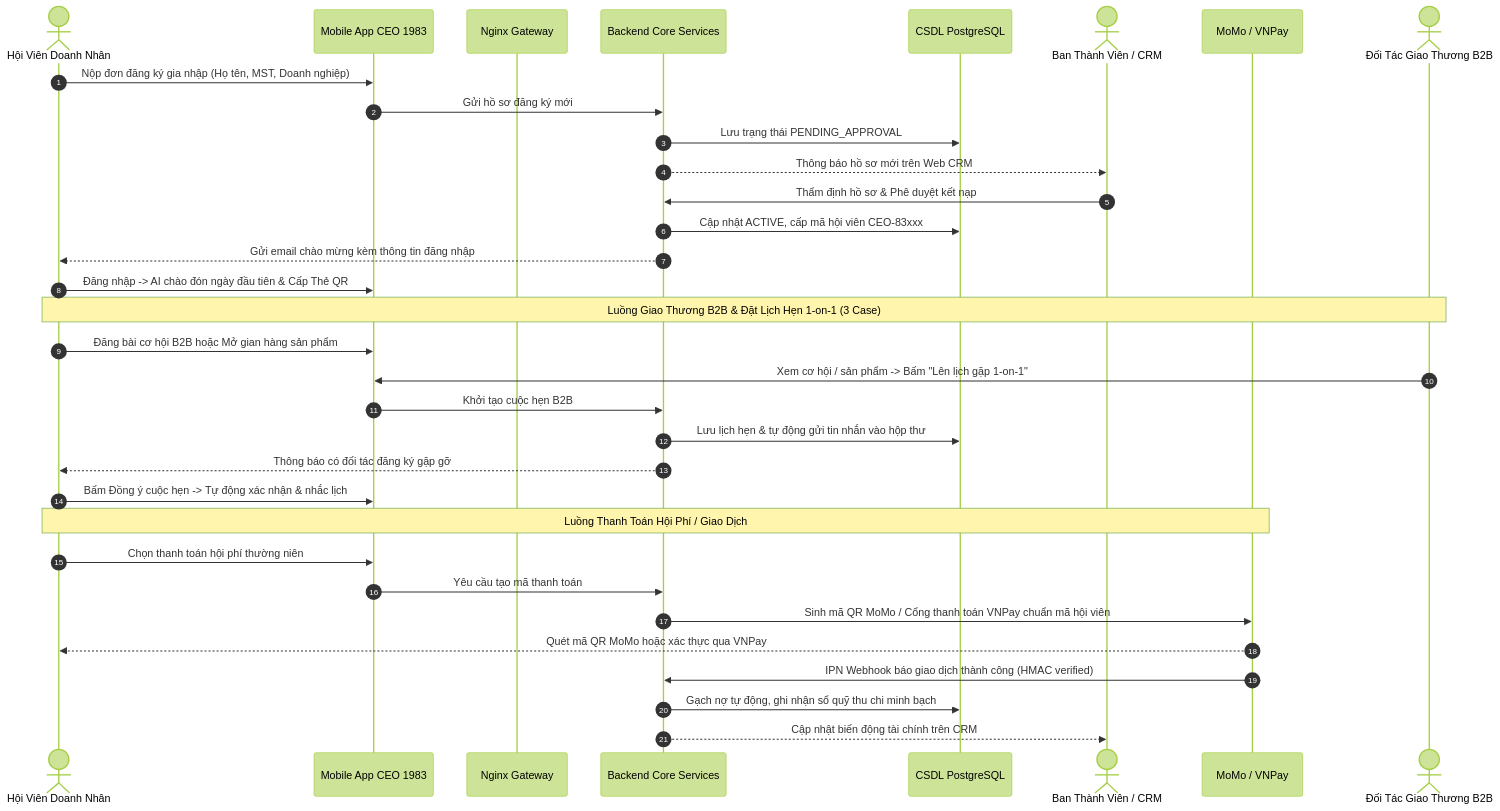
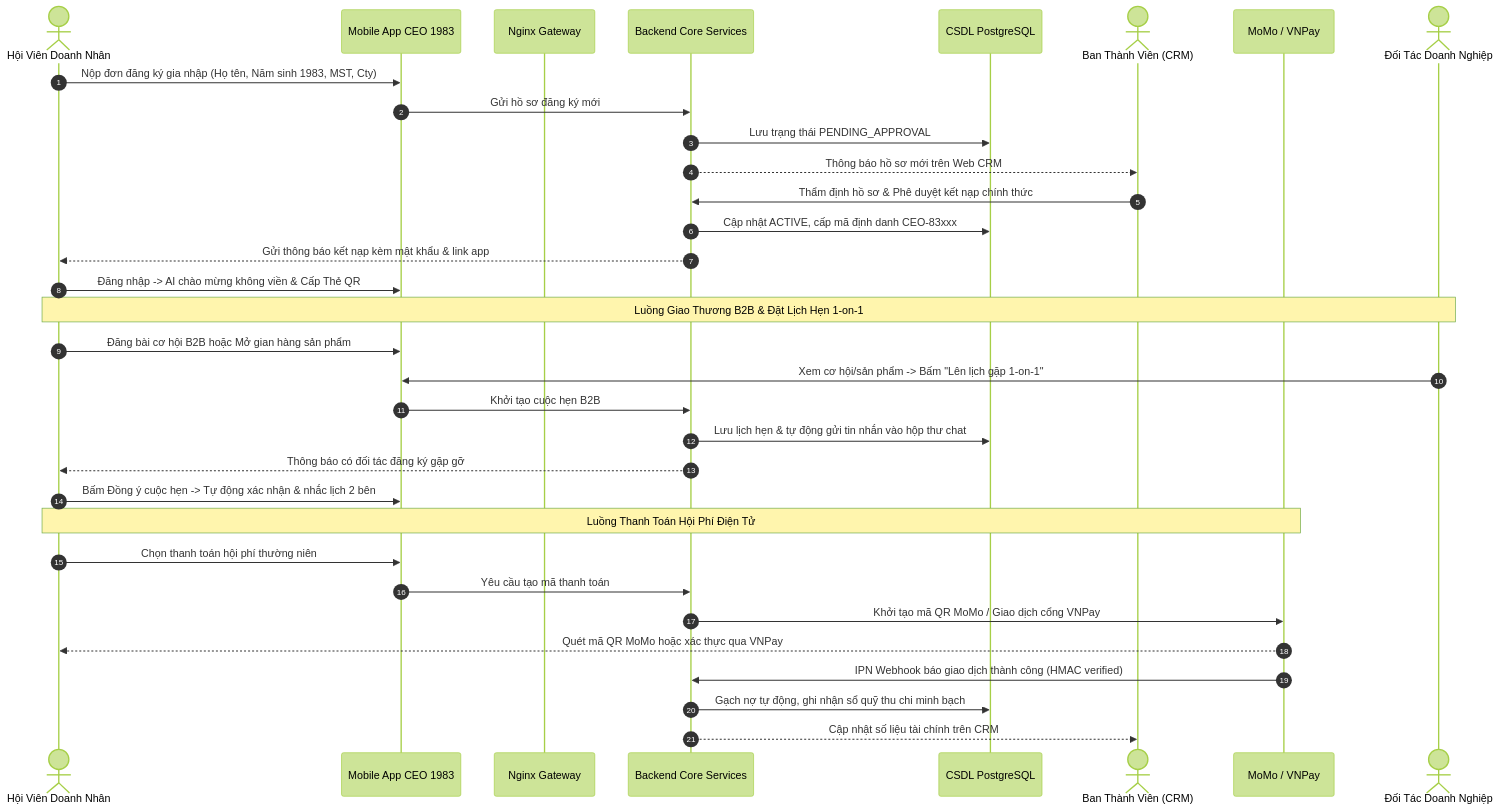
Before and after one commit to viconnect-product-team/ceo1983_project: the fourth of 15 diagrams in document/SRS_CEO1983_MASTER_CHINH_THUC.md, drawn with Mermaid (forest theme). The commit also changed other lines of this file and 7 other files, not shown here.

Commit message:
feat(analytics,landing,docs): loai bo hoi vien 0 so lieu tren bxh, dam bao 2 ban mau landing web crm, nang cap srs brd v9.0 23 so do mermaid & 60 use cases

````diff
--- a/document/SRS_CEO1983_MASTER_CHINH_THUC.md
+++ b/document/SRS_CEO1983_MASTER_CHINH_THUC.md
@@ -75,38 +206,38 @@
 ```mermaid
 sequenceDiagram
     autonumber
     actor HV as Hội Viên Doanh Nhân
     participant APP as Mobile App CEO 1983
     participant NGINX as Nginx Gateway
     participant BE as Backend Core Services
     participant DB as CSDL PostgreSQL
-    actor BTV as Ban Thành Viên / CRM
+    actor BTV as Ban Thành Viên (CRM)
     participant PAY as MoMo / VNPay
-    actor DT as Đối Tác Giao Thương B2B
+    actor DT as Đối Tác Doanh Nghiệp
 
-    HV->>APP: Nộp đơn đăng ký gia nhập (Họ tên, MST, Doanh nghiệp)
+    HV->>APP: Nộp đơn đăng ký gia nhập (Họ tên, Năm sinh 1983, MST, Cty)
     APP->>BE: Gửi hồ sơ đăng ký mới
     BE->>DB: Lưu trạng thái PENDING_APPROVAL
     BE-->>BTV: Thông báo hồ sơ mới trên Web CRM
-    BTV->>BE: Thẩm định hồ sơ & Phê duyệt kết nạp
-    BE->>DB: Cập nhật ACTIVE, cấp mã hội viên CEO-83xxx
-    BE-->>HV: Gửi email chào mừng kèm thông tin đăng nhập
-    HV->>APP: Đăng nhập -> AI chào đón ngày đầu tiên & Cấp Thẻ QR
-    
-    Note over HV,DT: Luồng Giao Thương B2B & Đặt Lịch Hẹn 1-on-1 (3 Case)
+    BTV->>BE: Thẩm định hồ sơ & Phê duyệt kết nạp chính thức
+    BE->>DB: Cập nhật ACTIVE, cấp mã định danh CEO-83xxx
+    BE-->>HV: Gửi thông báo kết nạp kèm mật khẩu & link app
+    HV->>APP: Đăng nhập -> AI chào mừng không viền & Cấp Thẻ QR
+
+    Note over HV,DT: Luồng Giao Thương B2B & Đặt Lịch Hẹn 1-on-1
     HV->>APP: Đăng bài cơ hội B2B hoặc Mở gian hàng sản phẩm
-    DT->>APP: Xem cơ hội / sản phẩm -> Bấm "Lên lịch gặp 1-on-1"
+    DT->>APP: Xem cơ hội/sản phẩm -> Bấm "Lên lịch gặp 1-on-1"
     APP->>BE: Khởi tạo cuộc hẹn B2B
-    BE->>DB: Lưu lịch hẹn & tự động gửi tin nhắn vào hộp thư
+    BE->>DB: Lưu lịch hẹn & tự động gửi tin nhắn vào hộp thư chat
     BE-->>HV: Thông báo có đối tác đăng ký gặp gỡ
-    HV->>APP: Bấm Đồng ý cuộc hẹn -> Tự động xác nhận & nhắc lịch
+    HV->>APP: Bấm Đồng ý cuộc hẹn -> Tự động xác nhận & nhắc lịch 2 bên
 
-    Note over HV,PAY: Luồng Thanh Toán Hội Phí / Giao Dịch
+    Note over HV,PAY: Luồng Thanh Toán Hội Phí Điện Tử
     HV->>APP: Chọn thanh toán hội phí thường niên
     APP->>BE: Yêu cầu tạo mã thanh toán
-    BE->>PAY: Sinh mã QR MoMo / Cổng thanh toán VNPay chuẩn mã hội viên
+    BE->>PAY: Khởi tạo mã QR MoMo / Giao dịch cổng VNPay
     PAY-->>HV: Quét mã QR MoMo hoặc xác thực qua VNPay
     PAY->>BE: IPN Webhook báo giao dịch thành công (HMAC verified)
     BE->>DB: Gạch nợ tự động, ghi nhận sổ quỹ thu chi minh bạch
-    BE-->>BTV: Cập nhật biến động tài chính trên CRM
+    BE-->>BTV: Cập nhật số liệu tài chính trên CRM
 ```
````
